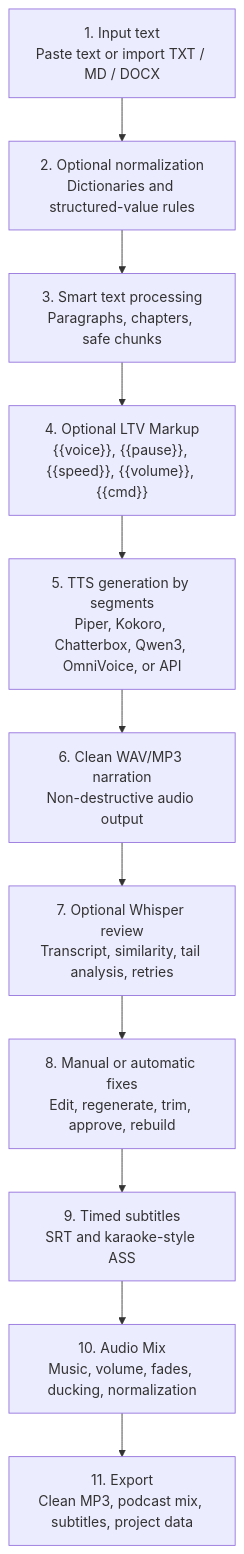
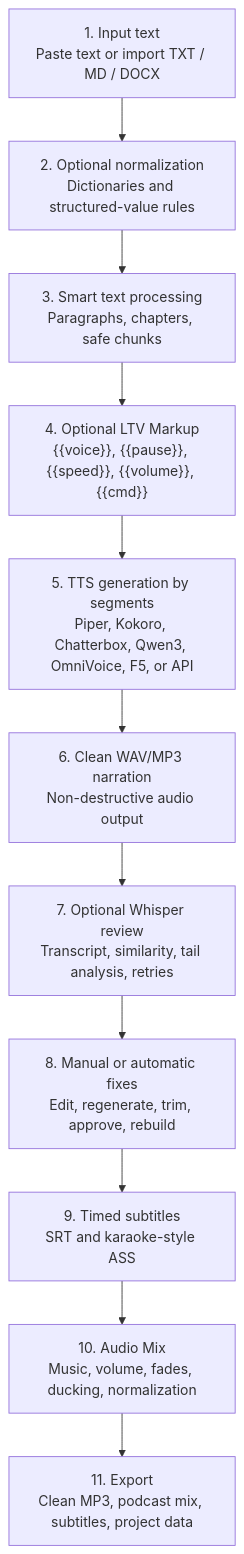
The diagram in README.md (estebanstifli/LocalText2Voice), drawn with Mermaid before and after one commit. The commit also changed other lines of this file and 50 other files, not shown here.

````diff
--- a/README.md
+++ b/README.md
@@ -72,13 +104,13 @@
 ```mermaid
 flowchart TD
     A["1. Input text<br>Paste text or import TXT / MD / DOCX"] --> B["2. Optional normalization<br>Dictionaries and structured-value rules"]
     B --> C["3. Smart text processing<br>Paragraphs, chapters, safe chunks"]
     C --> D["4. Optional LTV Markup<br>{{voice}}, {{pause}}, {{speed}}, {{volume}}, {{cmd}}"]
-    D --> E["5. TTS generation by segments<br>Piper, Kokoro, Chatterbox, Qwen3, OmniVoice, or API"]
+    D --> E["5. TTS generation by segments<br>Piper, Kokoro, Chatterbox, Qwen3, OmniVoice, F5, or API"]
     E --> F["6. Clean WAV/MP3 narration<br>Non-destructive audio output"]
     F --> G["7. Optional Whisper review<br>Transcript, similarity, tail analysis, retries"]
     G --> H["8. Manual or automatic fixes<br>Edit, regenerate, trim, approve, rebuild"]
     H --> I["9. Timed subtitles<br>SRT and karaoke-style ASS"]
     I --> J["10. Audio Mix<br>Music, volume, fades, ducking, normalization"]
     J --> K["11. Export<br>Clean MP3, podcast mix, subtitles, project data"]
 ```
````
